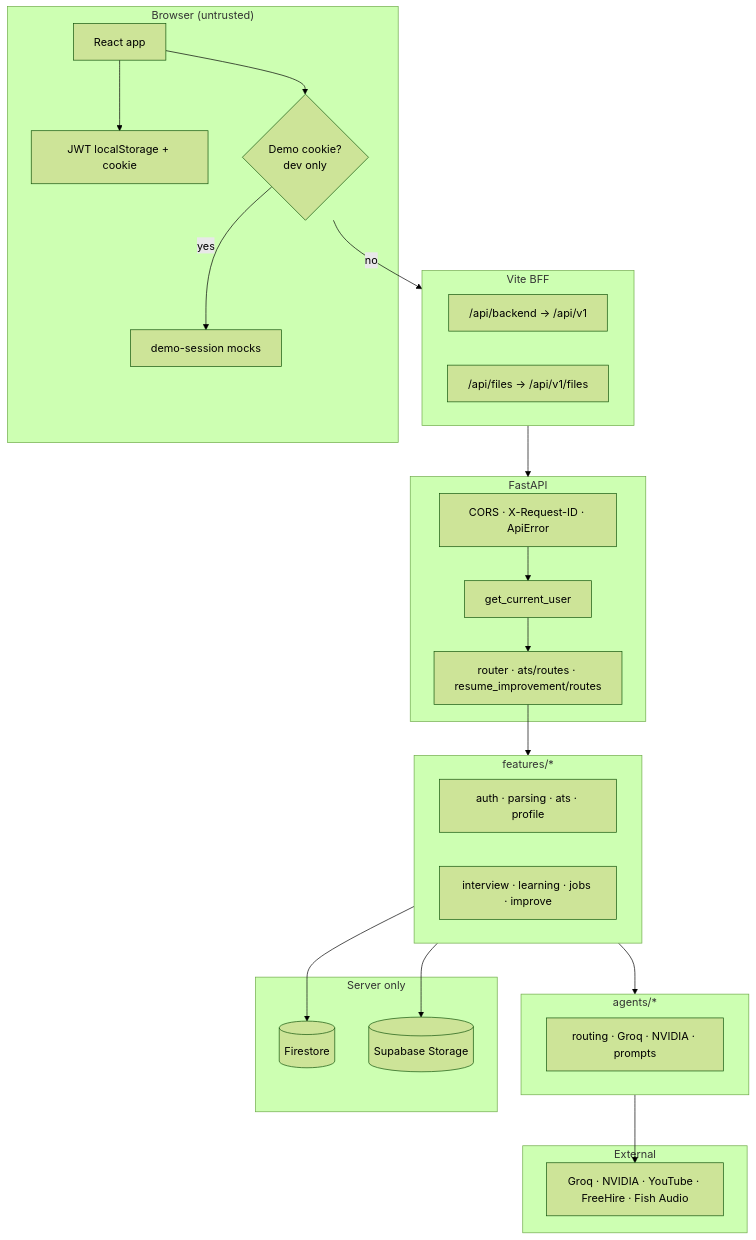
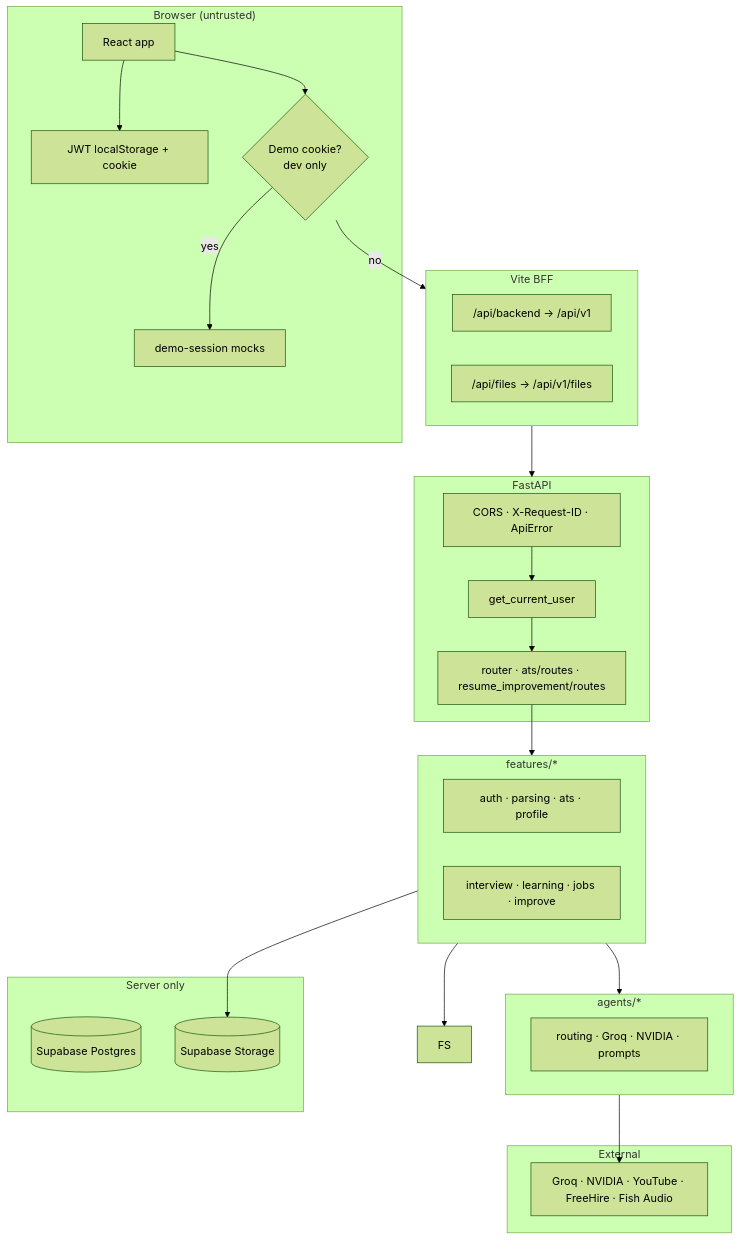
The first of 8 diagrams in docs/DOCUMENTATION.md (priyansupattanaik/career-copilot), drawn with Mermaid (forest theme) before and after one commit. The commit also changed other lines of this file and 50 other files, not shown here.

Commit message:
feat(supabase): complete migration to supabase, fix schema mismatches, and stabilize api & agent connections

````diff
--- a/docs/DOCUMENTATION.md
+++ b/docs/DOCUMENTATION.md
@@ -799,49 +797,49 @@
 ```mermaid
 flowchart TB
   subgraph CLIENT["Browser (untrusted)"]
     UI["React app"]
     TOK["JWT localStorage + cookie"]
     DEMO{"Demo cookie?\ndev only"}
     MOCK["demo-session mocks"]
   end
 
   subgraph EDGE["Vite BFF"]
     P1["/api/backend → /api/v1"]
     P2["/api/files → /api/v1/files"]
   end
 
   subgraph API["FastAPI"]
     MW["CORS · X-Request-ID · ApiError"]
     AUTH["get_current_user"]
     RTR["router · ats/routes · resume_improvement/routes"]
   end
 
   subgraph DOMAIN["features/*"]
     F1["auth · parsing · ats · profile"]
     F2["interview · learning · jobs · improve"]
   end
 
   subgraph AGENTS["agents/*"]
     A1["routing · Groq · NVIDIA · prompts"]
   end
 
   subgraph DATA["Server only"]
-    FS[("Firestore")]
+    DB[("Supabase Postgres")]
     ST[("Supabase Storage")]
   end
 
   subgraph EXT["External"]
     X1["Groq · NVIDIA · YouTube · FreeHire · Fish Audio"]
   end
 
   UI --> TOK
   UI --> DEMO
   DEMO -->|yes| MOCK
   DEMO -->|no| EDGE
   EDGE --> API
   MW --> AUTH --> RTR --> DOMAIN
   DOMAIN --> AGENTS
   DOMAIN --> FS
   DOMAIN --> ST
   AGENTS --> X1
 ```
````
